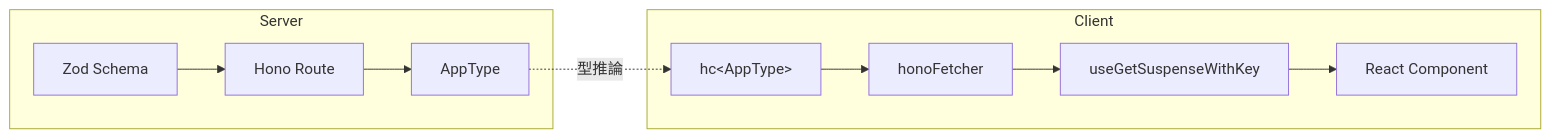
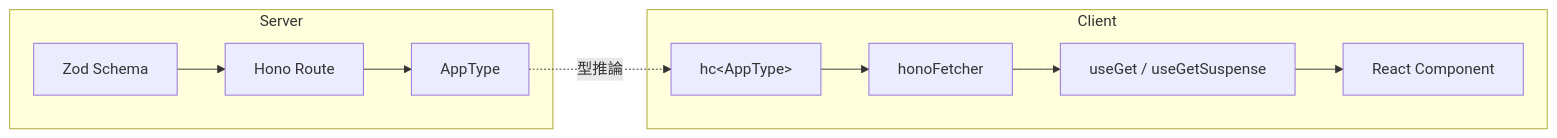
One commit to okano-t-ww/hono-rpc-swr-suspense changed the diagram in README.md. Above: the diagram before and after it, drawn with Mermaid. The commit also changed other lines of this file and 9 other files, not shown here.

````diff
--- a/README.md
+++ b/README.md
@@ -12,14 +13,14 @@
 ```mermaid
 flowchart LR
     subgraph Server
         Zod[Zod Schema] --> Route[Hono Route]
         Route --> AppType[AppType]
     end
 
     subgraph Client
         AppType -.-> |型推論| hc[hc&lt;AppType&gt;]
         hc --> Fetcher[honoFetcher]
-        Fetcher --> SWR[useGetSuspenseWithKey]
+        Fetcher --> SWR[useGet / useGetSuspense]
         SWR --> UI[React Component]
     end
 ```
````
